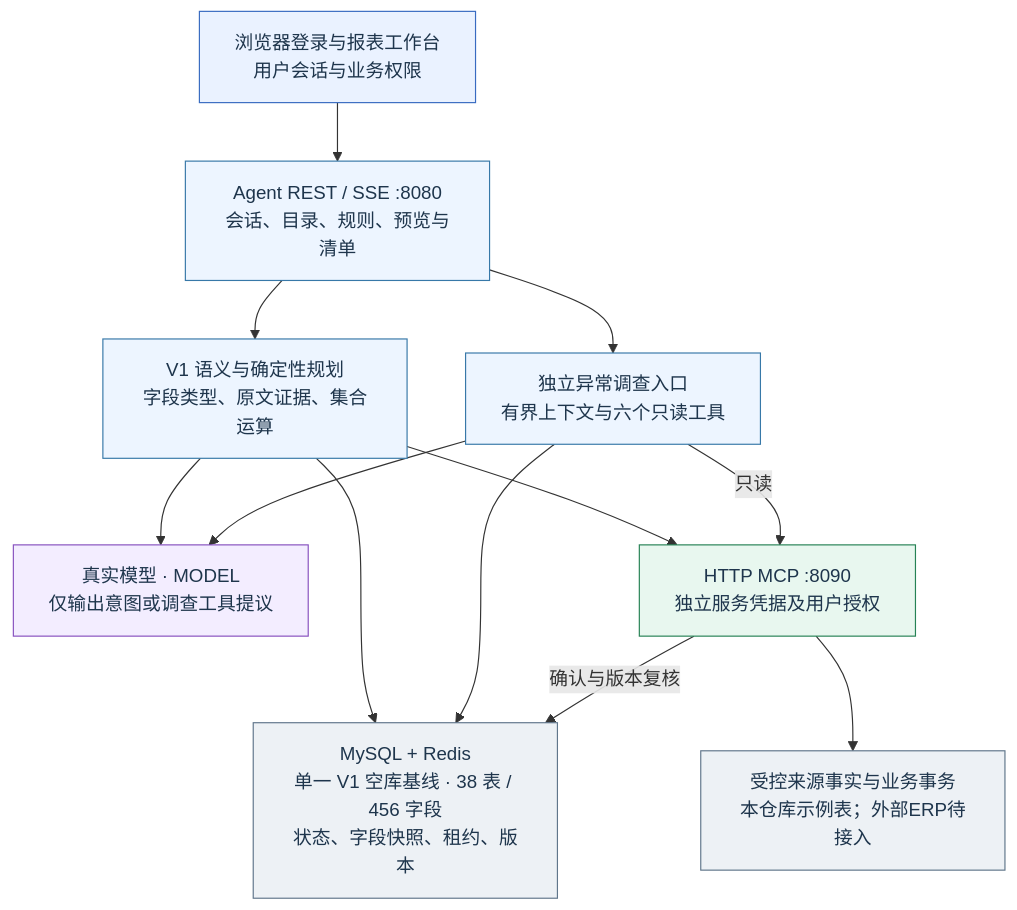
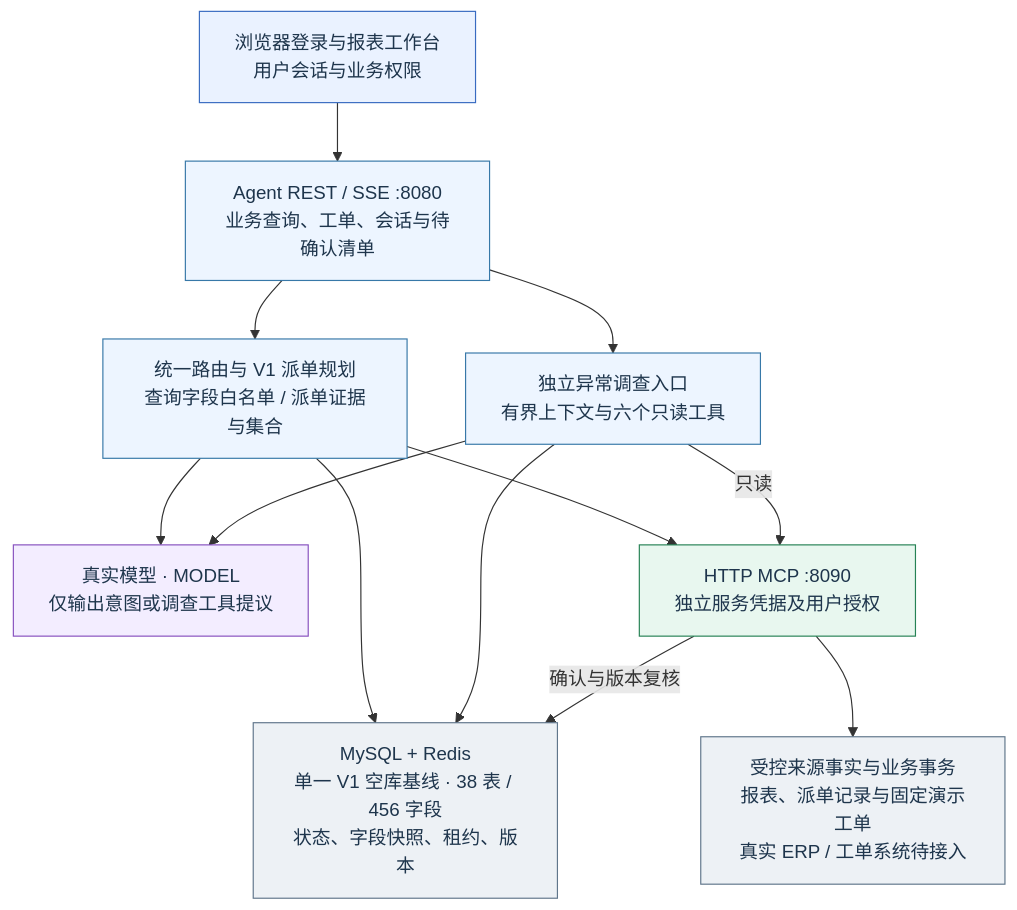
The diagram in docs/diagrams/demo-final/01.mmd (QSZJAVA/agent_demo), drawn with Mermaid before and after one commit. The commit also changed 132 other files, not shown here.

```diff
--- a/docs/diagrams/demo-final/01.mmd
+++ b/docs/diagrams/demo-final/01.mmd
@@ -1,27 +1,27 @@
 flowchart TD
   ui["浏览器登录与报表工作台<br/>用户会话与业务权限"]:::ui
-  api["Agent REST / SSE :8080<br/>会话、目录、规则、预览与清单"]:::agent
+  api["Agent REST / SSE :8080<br/>业务查询、工单、会话与待确认清单"]:::agent
   model["真实模型 · MODEL<br/>仅输出意图或调查工具提议"]:::model
-  semantic["V1 语义与确定性规划<br/>字段类型、原文证据、集合运算"]:::agent
+  semantic["统一路由与 V1 派单规划<br/>查询字段白名单 / 派单证据与集合"]:::agent
   investigate["独立异常调查入口<br/>有界上下文与六个只读工具"]:::agent
   state["MySQL + Redis<br/>单一 V1 空库基线 · 38 表 / 456 字段<br/>状态、字段快照、租约、版本"]:::store
   mcp["HTTP MCP :8090<br/>独立服务凭据及用户授权"]:::business
-  source["受控来源事实与业务事务<br/>本仓库示例表；外部ERP待接入"]:::store
+  source["受控来源事实与业务事务<br/>报表、派单记录与固定演示工单<br/>真实 ERP / 工单系统待接入"]:::store
   ui --> api
   api --> semantic
   api --> investigate
   semantic --> model
   investigate --> model
   semantic --> state
   investigate --> state
   semantic --> mcp
   investigate -->|"只读"| mcp
   mcp --> source
   mcp -->|"确认与版本复核"| state
   classDef ui fill:#eaf2ff,stroke:#386bc1,color:#1e354c
   classDef agent fill:#edf5ff,stroke:#3778a8,color:#1e354c
   classDef model fill:#f3edff,stroke:#8751bf,color:#1e354c
   classDef business fill:#e8f7ef,stroke:#268255,color:#1e354c
   classDef guard fill:#fff4dc,stroke:#b58022,color:#1e354c
   classDef error fill:#fff0ef,stroke:#ba534e,color:#1e354c
   classDef store fill:#edf1f5,stroke:#60768b,color:#1e354c
```
